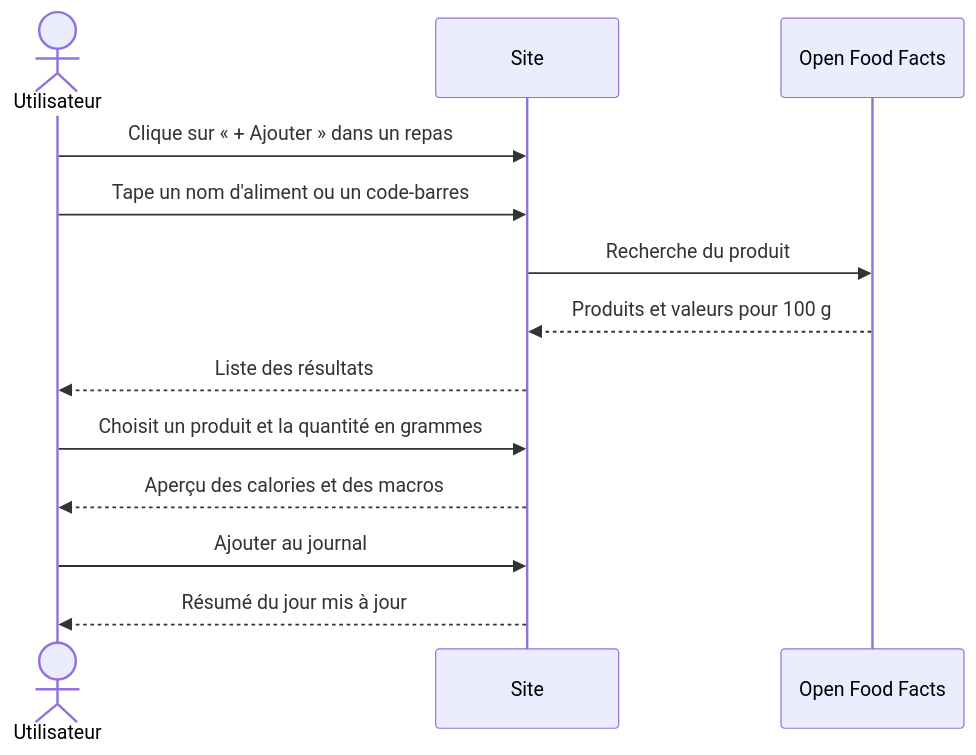
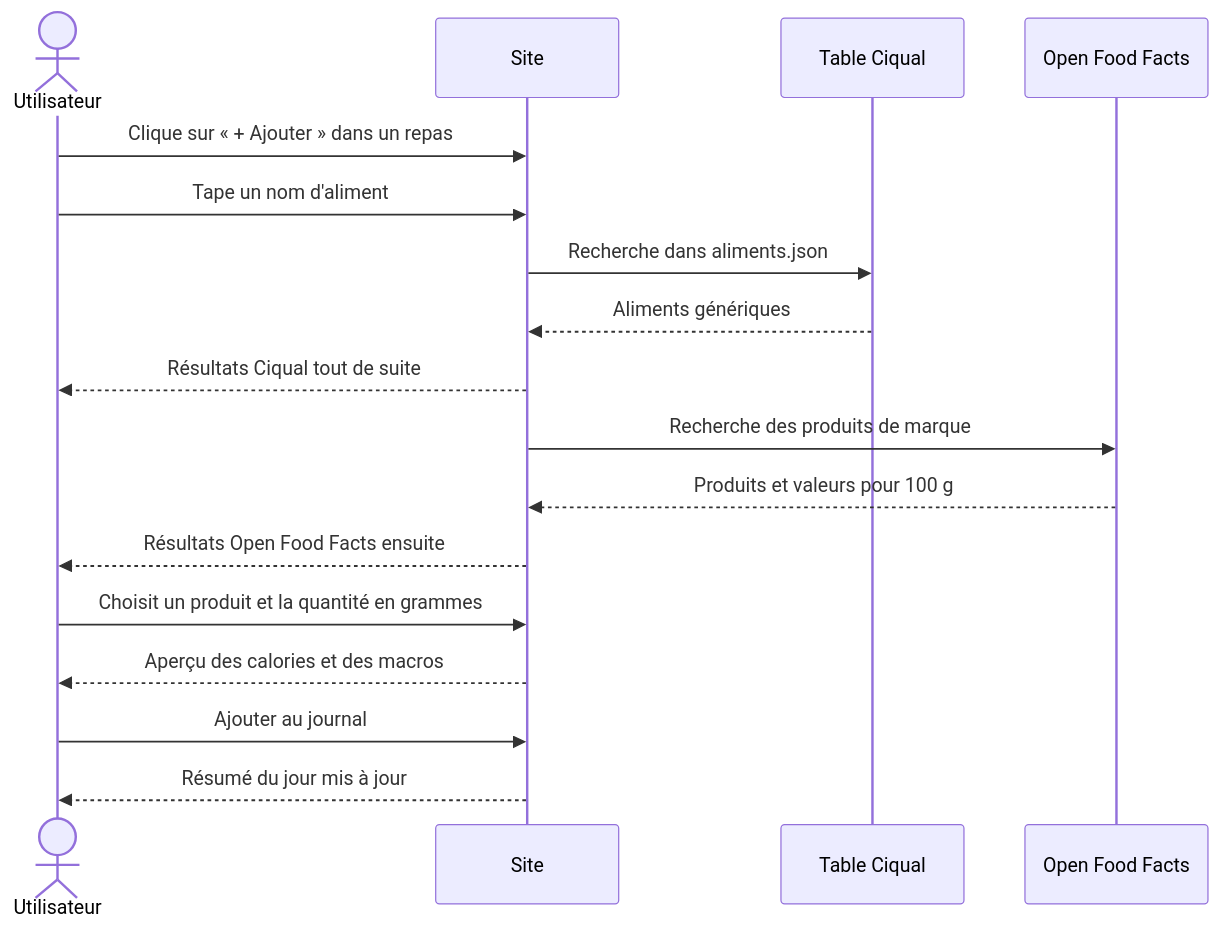
The third of 3 diagrams in utilisateur.md (Sami-Le/generateur-de-recettes), drawn with Mermaid before and after one commit. The commit also changed other lines of this file and 8 other files, not shown here.

First line of the commit message:
V6 : recherche d'aliments dans la table Ciqual (ANSES) et Open Food Facts

````diff
--- a/utilisateur.md
+++ b/utilisateur.md
@@ -61,15 +65,19 @@
 ```mermaid
 sequenceDiagram
     actor U as Utilisateur
     participant S as Site
+    participant C as Table Ciqual
     participant O as Open Food Facts
     U->>S: Clique sur « + Ajouter » dans un repas
-    U->>S: Tape un nom d'aliment ou un code-barres
-    S->>O: Recherche du produit
+    U->>S: Tape un nom d'aliment
+    S->>C: Recherche dans aliments.json
+    C-->>S: Aliments génériques
+    S-->>U: Résultats Ciqual tout de suite
+    S->>O: Recherche des produits de marque
     O-->>S: Produits et valeurs pour 100 g
-    S-->>U: Liste des résultats
+    S-->>U: Résultats Open Food Facts ensuite
     U->>S: Choisit un produit et la quantité en grammes
     S-->>U: Aperçu des calories et des macros
     U->>S: Ajouter au journal
     S-->>U: Résumé du jour mis à jour
 ```
````
